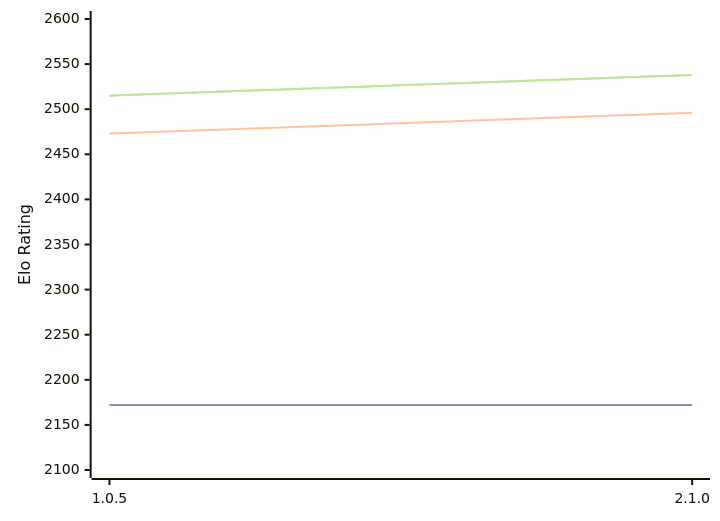
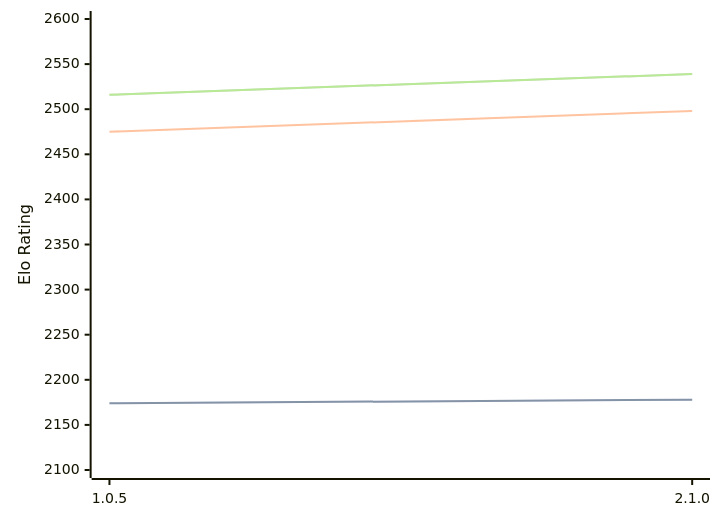
The diagram in engines/Ruffian.md (computer-chess-index/cci), drawn with Mermaid before and after one commit. The commit also changed other lines of this file, not shown here.

Commit message:
Update CCI Ratings (ELO VLTC) - 2026-03-29

````diff
--- a/engines/Ruffian.md
+++ b/engines/Ruffian.md
@@ -32,11 +32,11 @@
 ```mermaid
 %%{init: {"theme":"base","themeVariables":{"seriesColors:['#a3a3a3','#222221','#faa371']}}}%%
 xychart-beta
   x-axis ["1.0.5", "2.1.0"]
   y-axis "Elo Rating" 2100 --> 2600
-  line "STC (8.0+0.08s)" [2172, 2172]
-  line "STC (8.0+0.08s)" [2172, 2172]
-  line "LTC (60.0+0.60s)" [2473, 2496]
-  line "VLTC (2m24s+1.12s)" [2515, 2538]
-  line "VLTC (2m24s+1.12s)" [2515, 2538]
+  line "STC (8.0+0.08s)" [2174, 2178]
+  line "STC (8.0+0.08s)" [2174, 2178]
+  line "LTC (60.0+0.60s)" [2475, 2498]
+  line "VLTC (2m24s+1.12s)" [2516, 2539]
+  line "VLTC (2m24s+1.12s)" [2516, 2539]
 ```
````
